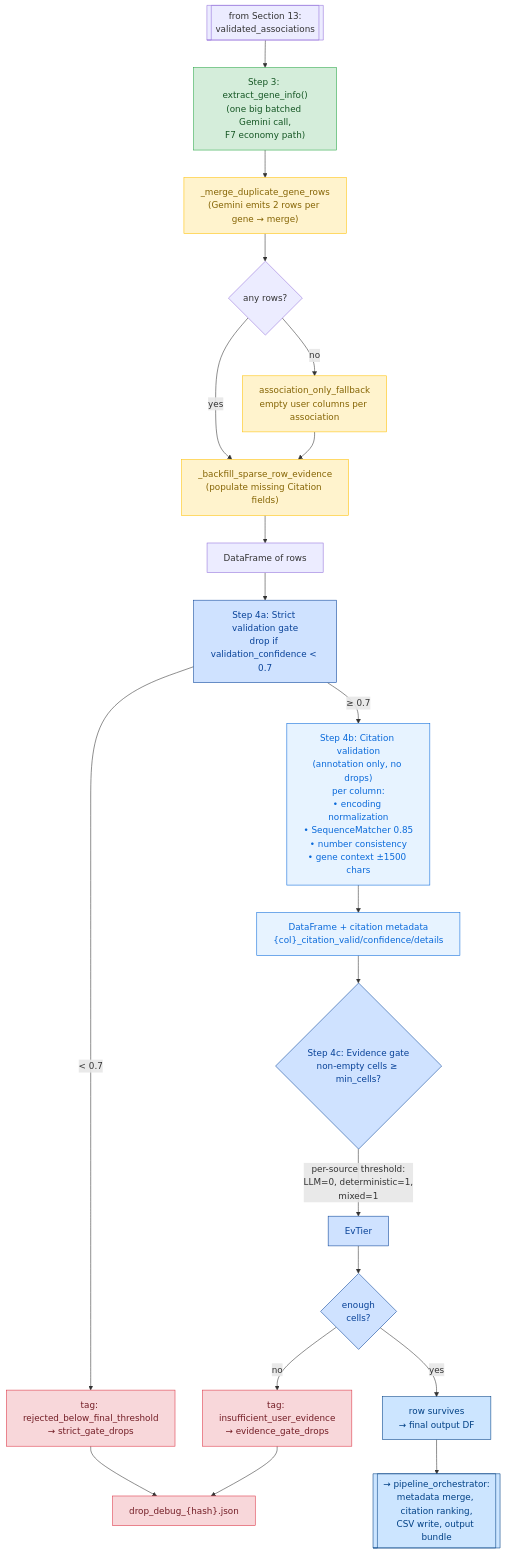
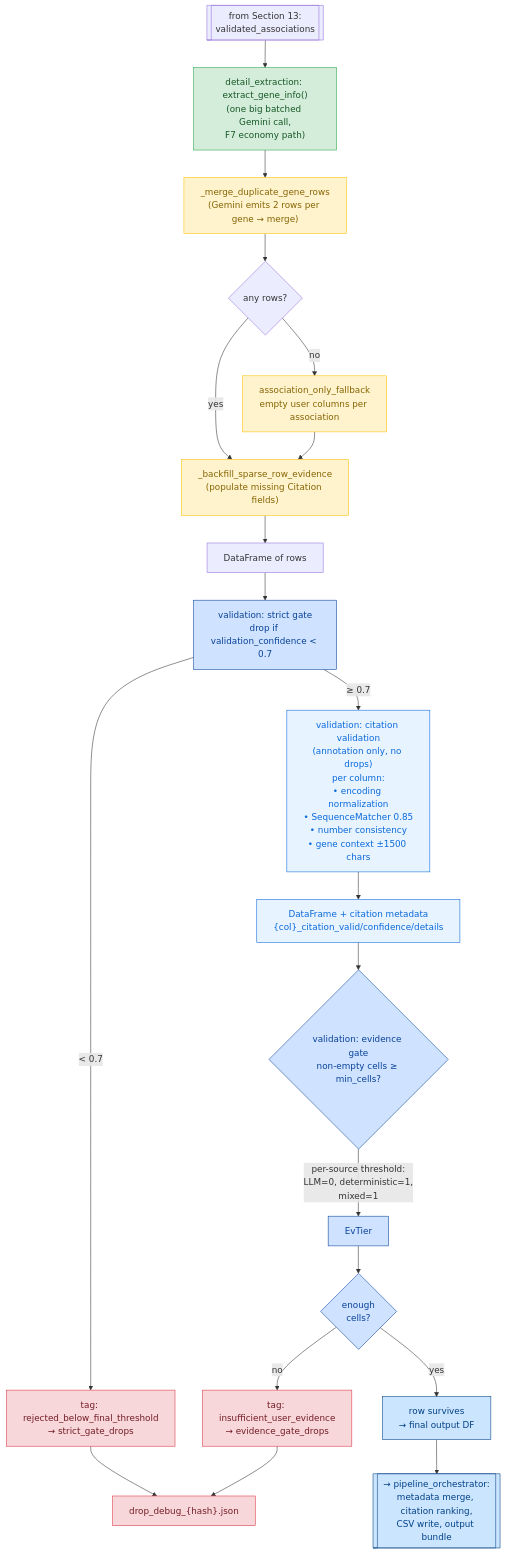
One commit to michaluppal/Researchshop-Disease2Gene changed the tenth of 11 diagrams in docs/pipeline/understanding.md. Above: the diagram before and after it, drawn with Mermaid. The commit also changed other lines of this file and 30 other files, not shown here.

````diff
--- a/docs/pipeline/understanding.md
+++ b/docs/pipeline/understanding.md
@@ -2742,47 +2742,47 @@
 ```mermaid
 flowchart TD
     Prev[["from Section 13:<br/>validated_associations"]]
 
-    Prev --> Extract["Step 3: extract_gene_info()<br/>(one big batched Gemini call,<br/>F7 economy path)"]
+    Prev --> Extract["detail_extraction: extract_gene_info()<br/>(one big batched Gemini call,<br/>F7 economy path)"]
     Extract --> Merge["_merge_duplicate_gene_rows<br/>(Gemini emits 2 rows per gene → merge)"]
     Merge --> FallbackCheck{"any rows?"}
     FallbackCheck -->|no| Fallback["association_only_fallback<br/>empty user columns per association"]
     FallbackCheck -->|yes| Backfill["_backfill_sparse_row_evidence<br/>(populate missing Citation fields)"]
     Fallback --> Backfill
 
     Backfill --> DF["DataFrame of rows"]
 
-    DF --> StrictGate["Step 4a: Strict validation gate<br/>drop if validation_confidence < 0.7"]
+    DF --> StrictGate["validation: strict gate<br/>drop if validation_confidence < 0.7"]
     StrictGate -->|< 0.7| StrictDrop["tag: rejected_below_final_threshold<br/>→ strict_gate_drops"]
     StrictGate -->|≥ 0.7| CitationVal
 
-    CitationVal["Step 4b: Citation validation<br/>(annotation only, no drops)<br/>per column:<br/>• encoding normalization<br/>• SequenceMatcher 0.85<br/>• number consistency<br/>• gene context ±1500 chars"]
+    CitationVal["validation: citation validation<br/>(annotation only, no drops)<br/>per column:<br/>• encoding normalization<br/>• SequenceMatcher 0.85<br/>• number consistency<br/>• gene context ±1500 chars"]
 
     CitationVal --> Annotated["DataFrame + citation metadata<br/>{col}_citation_valid/confidence/details"]
 
-    Annotated --> EvidenceGate{"Step 4c: Evidence gate<br/>non-empty cells ≥ min_cells?"}
+    Annotated --> EvidenceGate{"validation: evidence gate<br/>non-empty cells ≥ min_cells?"}
     EvidenceGate -->|per-source threshold:<br/>LLM=0, deterministic=1,<br/>mixed=1| EvTier
 
     EvTier --> EvDecide{"enough<br/>cells?"}
     EvDecide -->|no| EvDrop["tag: insufficient_user_evidence<br/>→ evidence_gate_drops"]
     EvDecide -->|yes| Survivor["row survives<br/>→ final output DF"]
 
     StrictDrop --> Forensic["drop_debug_{hash}.json"]
     EvDrop --> Forensic
 
     Survivor --> Next[["→ pipeline_orchestrator:<br/>metadata merge, citation ranking,<br/>CSV write, output bundle"]]
 
     classDef extract fill:#d4edda,stroke:#28a745,color:#155724
     classDef salvage fill:#fff3cd,stroke:#ffc107,color:#856404
     classDef gate fill:#cfe2ff,stroke:#084298,color:#084298
     classDef annotate fill:#e7f3ff,stroke:#0969da,color:#0969da
     classDef drop fill:#f8d7da,stroke:#dc3545,color:#721c24
     classDef handoff fill:#cce5ff,stroke:#004085,color:#004085
 
     class Extract extract
     class Merge,Fallback,Backfill salvage
     class StrictGate,EvidenceGate,EvTier,EvDecide gate
     class CitationVal,Annotated annotate
     class StrictDrop,EvDrop,Forensic drop
     class Survivor,Next handoff
 ```
````
